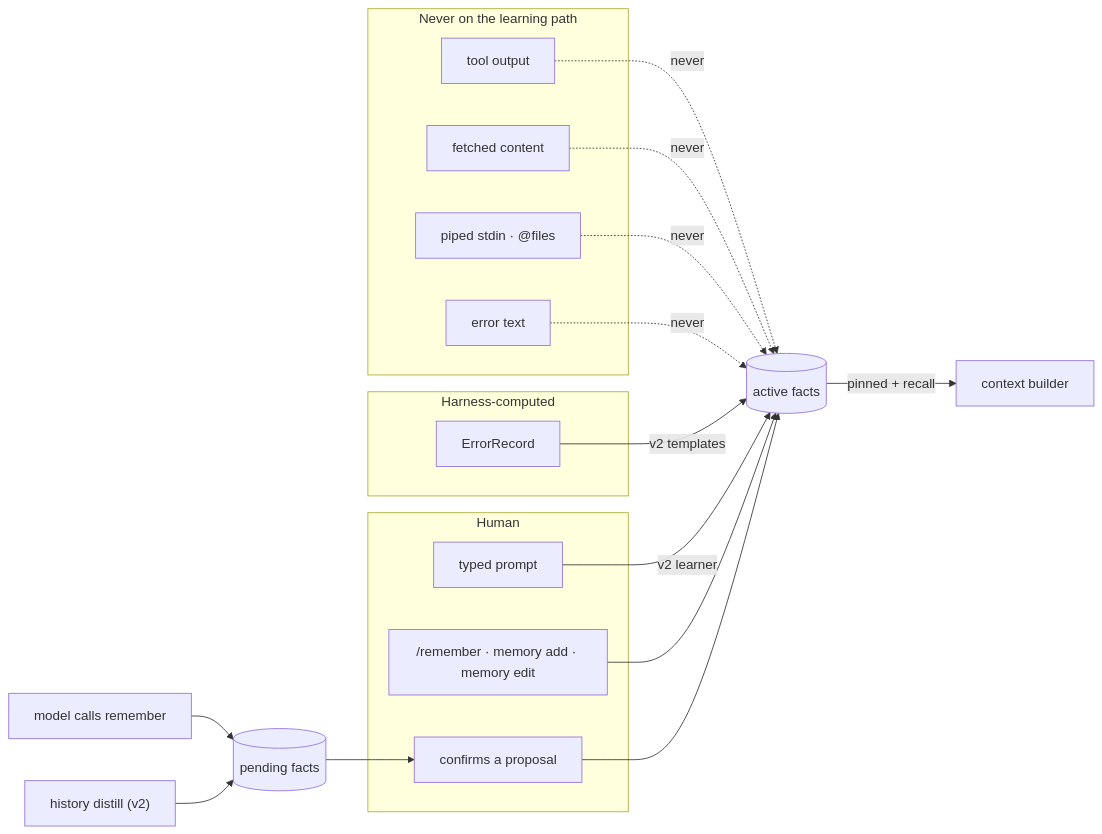
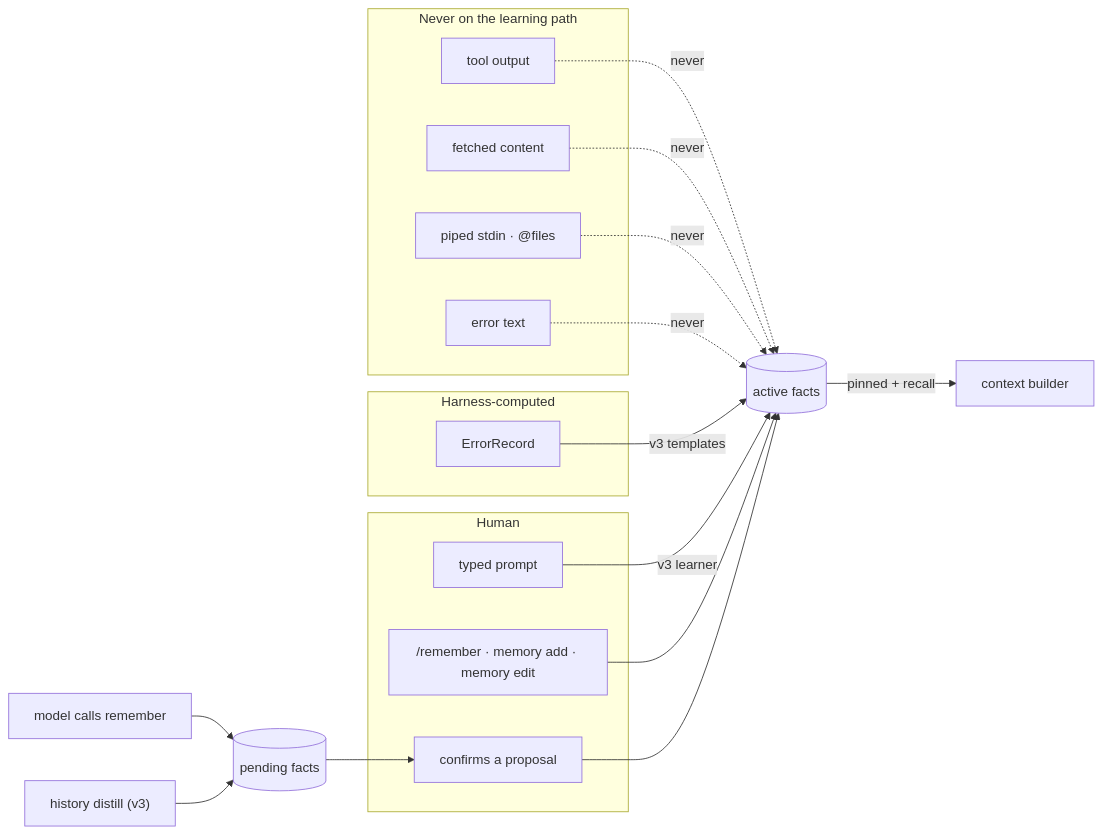
Before and after one commit to vespassassina/edgar: the sixth of 8 diagrams in docs/BLUEPRINT.md, drawn with Mermaid. The commit also changed other lines of this file and 14 other files, not shown here.

````diff
--- a/docs/BLUEPRINT.md
+++ b/docs/BLUEPRINT.md
@@ -1611,31 +1615,31 @@
 ```mermaid
 flowchart LR
     subgraph human["Human"]
         TY[typed prompt]
         RM["/remember · memory add · memory edit"]
         OK[confirms a proposal]
     end
 
     subgraph harness["Harness-computed"]
         ER[ErrorRecord]
     end
 
     subgraph untrusted["Never on the learning path"]
         TO[tool output]
         WEB[fetched content]
         IN[piped stdin · @files]
         ET[error text]
     end
 
     RM --> ACT[(active facts)]
-    TY -->|v2 learner| ACT
-    ER -->|v2 templates| ACT
+    TY -->|v3 learner| ACT
+    ER -->|v3 templates| ACT
     MOD[model calls remember] --> PEN[(pending facts)]
-    HD["history distill (v2)"] --> PEN
+    HD["history distill (v3)"] --> PEN
     PEN --> OK --> ACT
     ACT -->|pinned + recall| CTXB[context builder]
     TO -.->|never| ACT
     WEB -.->|never| ACT
     IN -.->|never| ACT
     ET -.->|never| ACT
 ```
````
